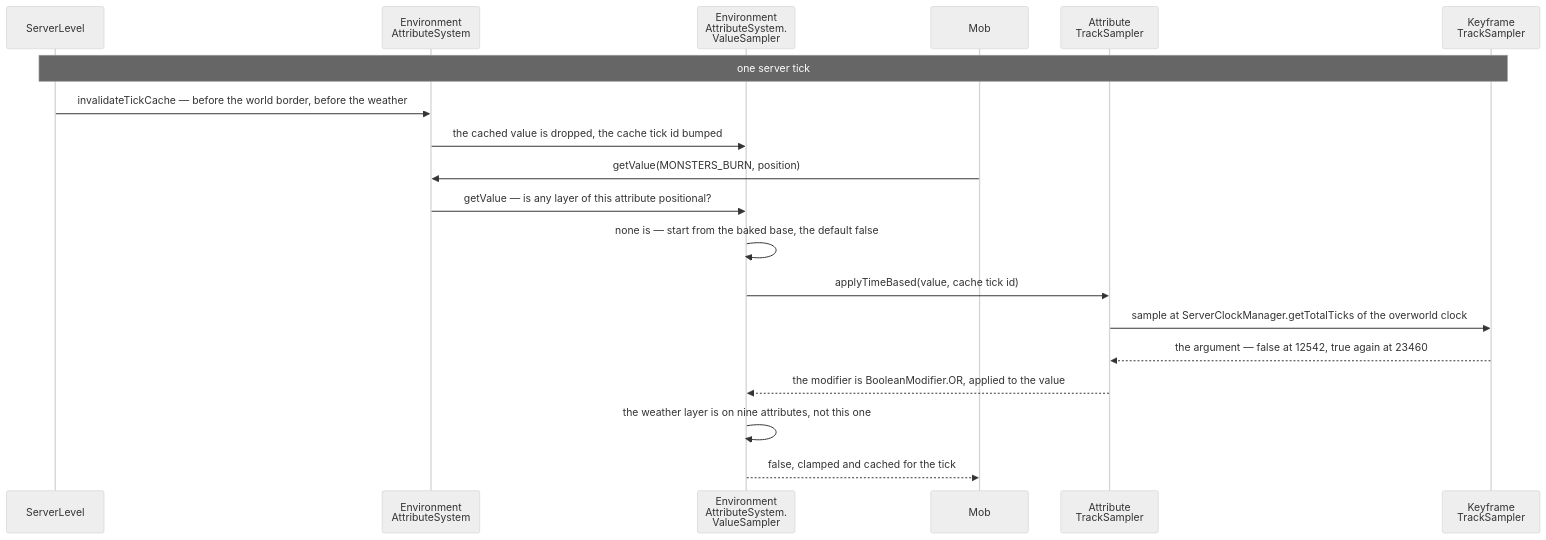
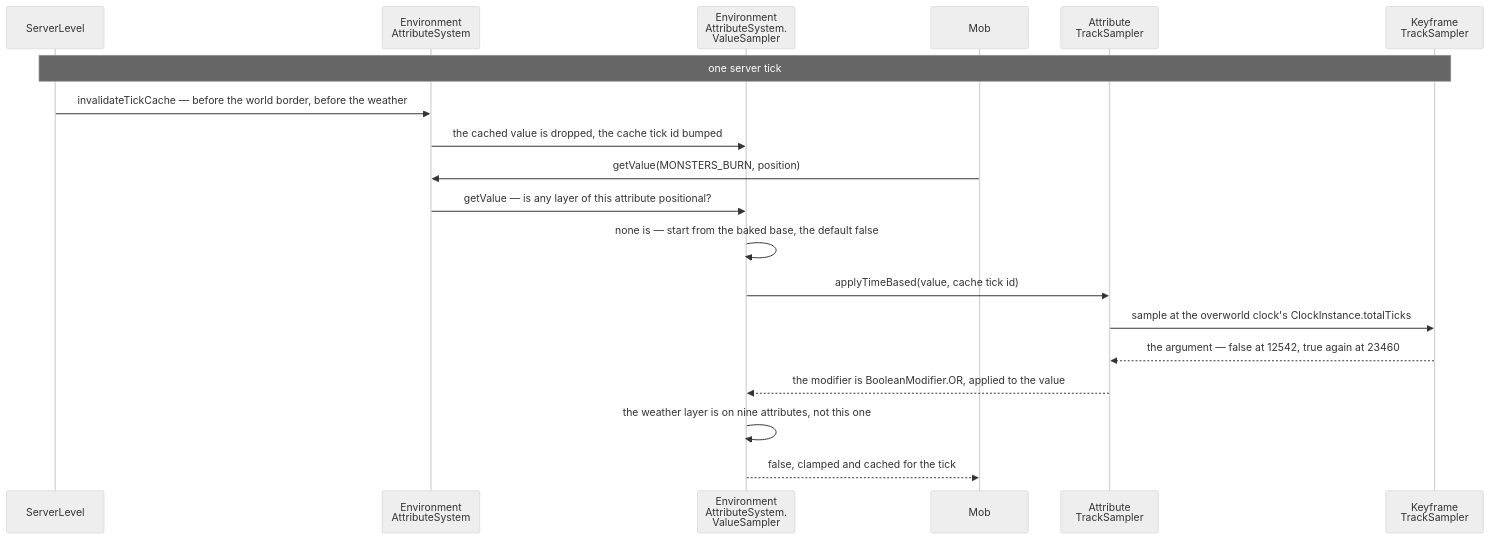
One commit to AlexanderjFraser/MinecraftDocs changed the second of 3 diagrams in src/systems/world/environment-attributes-and-timelines.md. Above: the diagram before and after it, drawn with Mermaid (neutral theme). The commit also changed other lines of this file and 155 other files, not shown here.

````diff
--- a/src/systems/world/environment-attributes-and-timelines.md
+++ b/src/systems/world/environment-attributes-and-timelines.md
@@ -290,22 +291,22 @@
 ```mermaid
 sequenceDiagram
     participant SL as ServerLevel
     participant EAS as Environment<br/>AttributeSystem
     participant EVS as Environment<br/>AttributeSystem.<br/>ValueSampler
     participant Mob as Mob
     participant ATS as Attribute<br/>TrackSampler
     participant KTS as Keyframe<br/>TrackSampler
 
     Note over SL,KTS: one server tick
     SL->>EAS: invalidateTickCache — before the world border, before the weather
     EAS->>EVS: the cached value is dropped, the cache tick id bumped
     Mob->>EAS: getValue(MONSTERS_BURN, position)
     EAS->>EVS: getValue — is any layer of this attribute positional?
     EVS->>EVS: none is — start from the baked base, the default false
     EVS->>ATS: applyTimeBased(value, cache tick id)
-    ATS->>KTS: sample at ServerClockManager.getTotalTicks of the overworld clock
+    ATS->>KTS: sample at the overworld clock's ClockInstance.totalTicks
     KTS-->>ATS: the argument — false at 12542, true again at 23460
     ATS-->>EVS: the modifier is BooleanModifier.OR, applied to the value
     EVS->>EVS: the weather layer is on nine attributes, not this one
     EVS-->>Mob: false, clamped and cached for the tick
 ```
````
